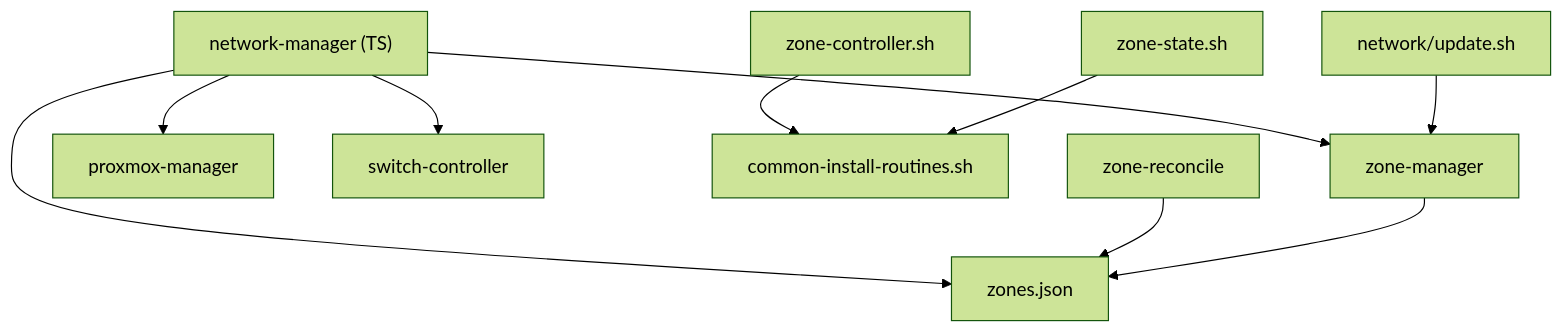
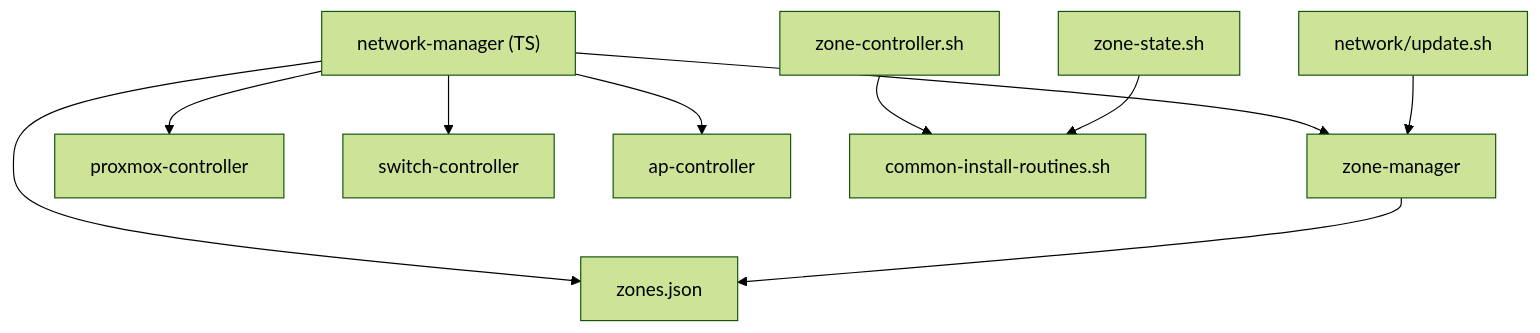
Before and after one commit to TAPPaaS/TAPPaaS: the third of 5 diagrams in src/foundation/DEPENDENCIES.md, drawn with Mermaid (forest theme). The commit also changed other lines of this file and 2 other files, not shown here.

````diff
--- a/src/foundation/DEPENDENCIES.md
+++ b/src/foundation/DEPENDENCIES.md
@@ -230,12 +232,12 @@
 ```mermaid
 graph TD
     NM["network-manager (TS)"] --> ZJ["zones.json"]
     NM --> ZM["zone-manager"]
-    NM --> PM["proxmox-manager"]
+    NM --> PX["proxmox-controller"]
     NM --> SC["switch-controller"]
+    NM --> AP["ap-controller"]
     ZC["zone-controller.sh"] --> CIR["common-install-routines.sh"]
     ZS["zone-state.sh"] --> CIR
-    ZR["zone-reconcile"] --> ZJ
     NU["network/update.sh"] --> ZM
     ZM --> ZJ
 ```
````
